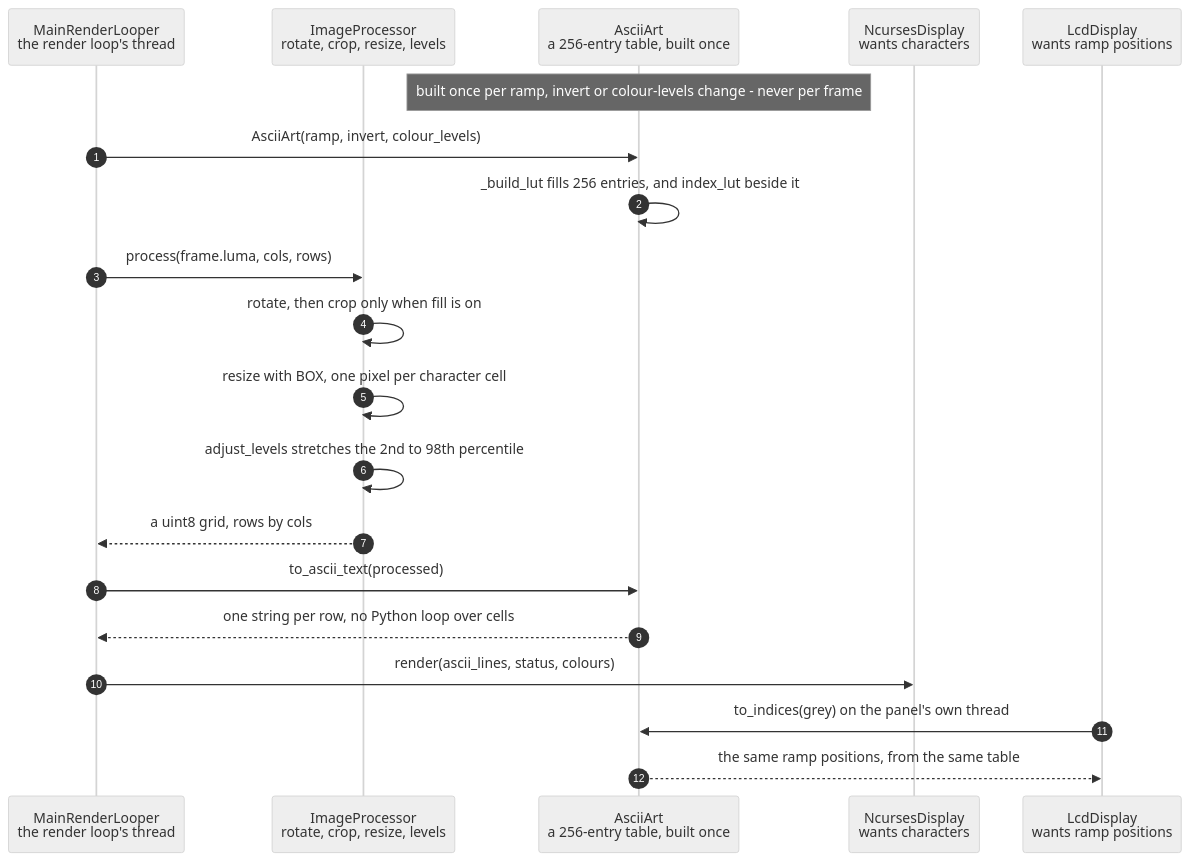
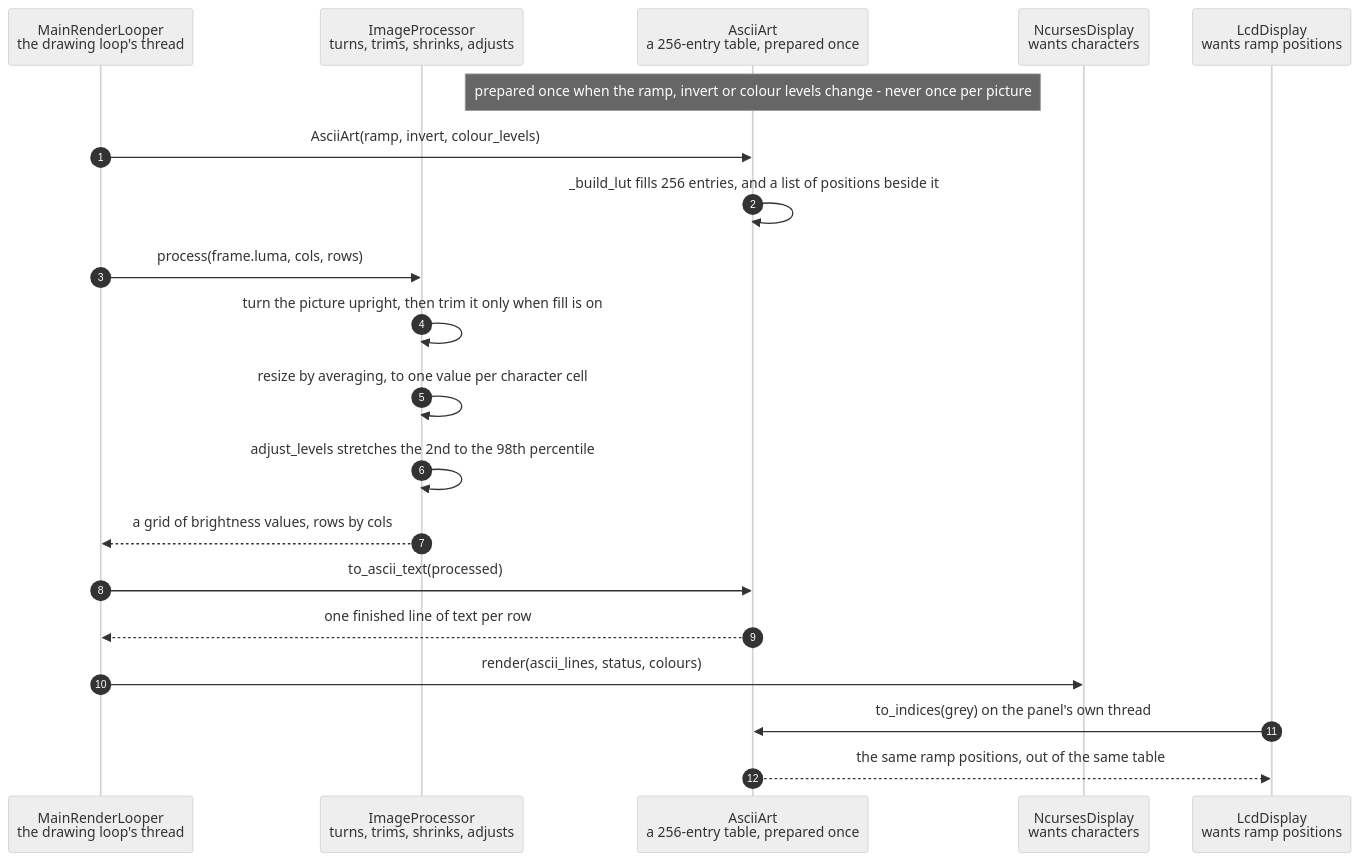
Before and after one commit to replicant1/AsciiArt-Pi: the diagram in docs/scenarios/pixel-brightness-is-mapped-to-ramp-characters.md, drawn with Mermaid (neutral theme). The commit also changed other lines of this file and 5 other files, not shown here.

````diff
--- a/docs/scenarios/pixel-brightness-is-mapped-to-ramp-characters.md
+++ b/docs/scenarios/pixel-brightness-is-mapped-to-ramp-characters.md
@@ -92,23 +148,23 @@
 ```mermaid
 sequenceDiagram
     autonumber
-    participant App as MainRenderLooper<br/>the render loop's thread
-    participant Proc as ImageProcessor<br/>rotate, crop, resize, levels
-    participant Art as AsciiArt<br/>a 256-entry table, built once
+    participant App as MainRenderLooper<br/>the drawing loop's thread
+    participant Proc as ImageProcessor<br/>turns, trims, shrinks, adjusts
+    participant Art as AsciiArt<br/>a 256-entry table, prepared once
     participant Term as NcursesDisplay<br/>wants characters
     participant Panel as LcdDisplay<br/>wants ramp positions
 
-    note over Art: built once per ramp, invert or colour-levels change - never per frame
+    note over Art: prepared once when the ramp, invert or colour levels change - never once per picture
     App->>Art: AsciiArt(ramp, invert, colour_levels)
-    Art->>Art: _build_lut fills 256 entries, and index_lut beside it
+    Art->>Art: _build_lut fills 256 entries, and a list of positions beside it
     App->>Proc: process(frame.luma, cols, rows)
-    Proc->>Proc: rotate, then crop only when fill is on
-    Proc->>Proc: resize with BOX, one pixel per character cell
-    Proc->>Proc: adjust_levels stretches the 2nd to 98th percentile
-    Proc-->>App: a uint8 grid, rows by cols
+    Proc->>Proc: turn the picture upright, then trim it only when fill is on
+    Proc->>Proc: resize by averaging, to one value per character cell
+    Proc->>Proc: adjust_levels stretches the 2nd to the 98th percentile
+    Proc-->>App: a grid of brightness values, rows by cols
     App->>Art: to_ascii_text(processed)
-    Art-->>App: one string per row, no Python loop over cells
+    Art-->>App: one finished line of text per row
     App->>Term: render(ascii_lines, status, colours)
     Panel->>Art: to_indices(grey) on the panel's own thread
-    Art-->>Panel: the same ramp positions, from the same table
+    Art-->>Panel: the same ramp positions, out of the same table
 ```
````
